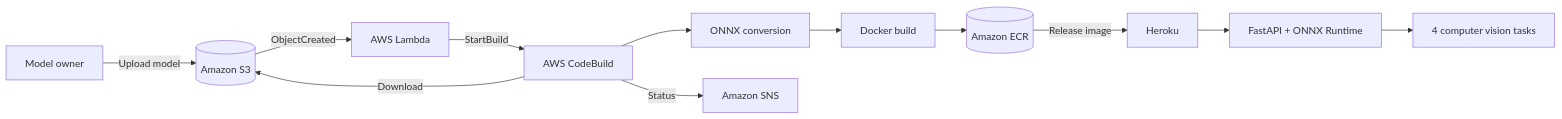
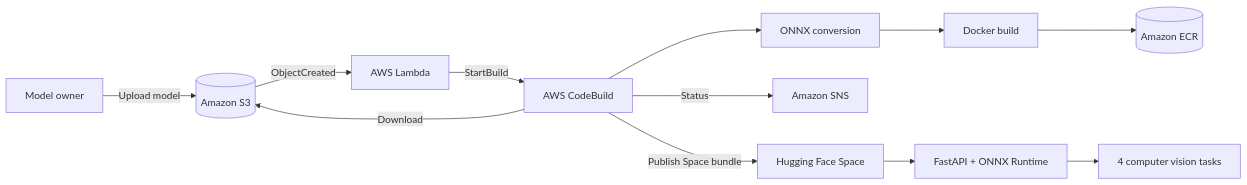
Before and after one commit to karthikeyanr103/MLOps-YoloV5: the diagram in README.md, drawn with Mermaid. The commit also changed other lines of this file and 34 other files, not shown here.

````diff
--- a/README.md
+++ b/README.md
@@ -38,14 +38,14 @@
 ```mermaid
 flowchart LR
     User[Model owner] -->|Upload model| S3[(Amazon S3)]
     S3 -->|ObjectCreated| Lambda[AWS Lambda]
     Lambda -->|StartBuild| CB[AWS CodeBuild]
     CB -->|Download| S3
     CB --> ONNX[ONNX conversion]
     ONNX --> Docker[Docker build]
     Docker --> ECR[(Amazon ECR)]
     CB -->|Status| SNS[Amazon SNS]
-    ECR -->|Release image| Heroku[Heroku]
-    Heroku --> API[FastAPI + ONNX Runtime]
+    CB -->|Publish Space bundle| HF[Hugging Face Space]
+    HF --> API[FastAPI + ONNX Runtime]
     API --> Tasks[4 computer vision tasks]
 ```
````
